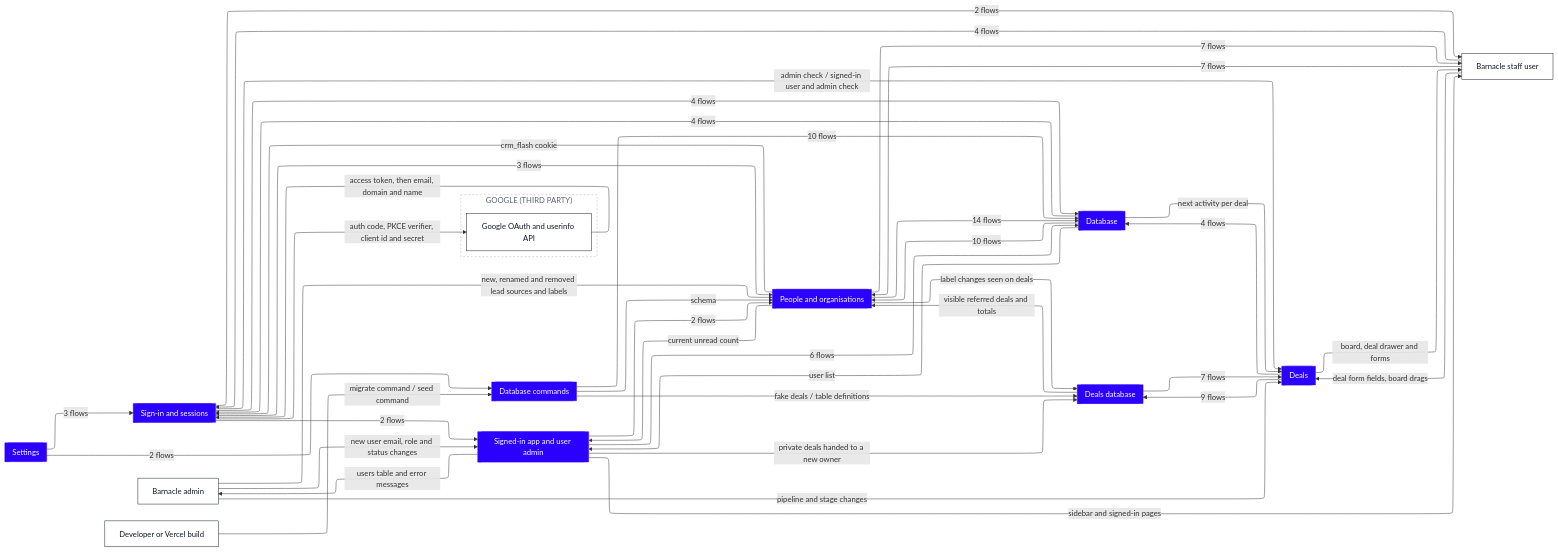
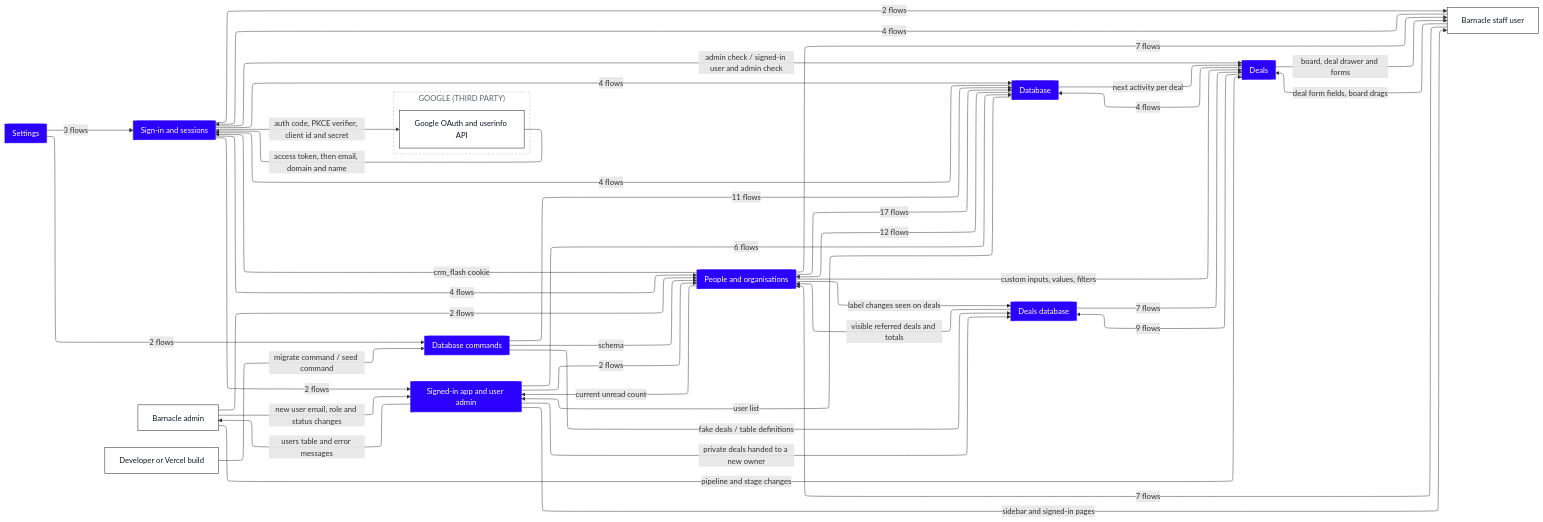
Before and after one commit to Romain-Perche/Barnacle-Pipe: the first of 10 diagrams in dataflow/DATAFLOW.md, drawn with Mermaid. The commit also changed other lines of this file and 12 other files, not shown here.

````diff
--- a/dataflow/DATAFLOW.md
+++ b/dataflow/DATAFLOW.md
@@ -11,68 +11,69 @@
 ```mermaid
 ---
 config:
   layout: elk
 ---
 flowchart LR
     n1[["Database"]]
     n2[["Database commands"]]
     n3[["Deals"]]
     n4[["Deals database"]]
     n5[["People and organisations"]]
     n6[["Settings"]]
     n7[["Sign-in and sessions"]]
     n8[["Signed-in app and user admin"]]
     n9["Barnacle admin"]
     n10["Developer or Vercel build"]
     n11["Barnacle staff user"]
     subgraph z1["GOOGLE (THIRD PARTY)"]
         n12["Google OAuth and userinfo API"]
     end
-    n5 -->|"14 flows"| n1
+    n5 -->|"17 flows"| n1
     n5 -->|"7 flows"| n11
-    n1 -->|"10 flows"| n5
+    n1 -->|"12 flows"| n5
     n1 -->|"next activity per deal"| n3
-    n9 -->|"new, renamed and removed lead sources and labels"| n5
+    n9 -->|"2 flows"| n5
     n9 -->|"pipeline and stage changes"| n3
     n9 -->|"new user email, role and status changes"| n8
     n8 -->|"2 flows"| n5
     n8 -->|"sidebar and signed-in pages"| n11
     n5 -->|"label changes seen on deals"| n4
     n7 -->|"4 flows"| n1
+    n5 -->|"custom inputs, values, filters"| n3
     n4 -->|"7 flows"| n3
     n3 -->|"9 flows"| n4
     n3 -->|"4 flows"| n1
     n3 -->|"board, deal drawer and forms"| n11
     n4 -->|"visible referred deals and totals"| n5
     n10 -->|"migrate command / seed command"| n2
     n6 -->|"3 flows"| n7
     n6 -->|"2 flows"| n2
     n7 -->|"auth code, PKCE verifier, client id and secret"| n12
     n7 -->|"2 flows"| n11
     n12 -->|"access token, then email, domain and name"| n7
-    n2 -->|"10 flows"| n1
+    n2 -->|"11 flows"| n1
     n2 -->|"fake deals / table definitions"| n4
     n2 -->|"schema"| n5
     n5 -->|"current unread count"| n8
     n5 -->|"crm_flash cookie"| n7
-    n7 -->|"3 flows"| n5
+    n7 -->|"4 flows"| n5
     n7 -->|"2 flows"| n8
     n7 -->|"admin check / signed-in user and admin check"| n3
     n1 -->|"4 flows"| n7
     n11 -->|"7 flows"| n5
     n11 -->|"deal form fields, board drags"| n3
     n11 -->|"4 flows"| n7
     n8 -->|"users table and error messages"| n9
     n8 -->|"private deals handed to a new owner"| n4
     n8 -->|"6 flows"| n1
     n1 -->|"user list"| n8
     classDef actor fill:#FFFFFF,stroke:#111827,stroke-width:1px,color:#111827
     classDef process fill:#EDEAFF,stroke:#2B00FF,stroke-width:1.5px,color:#111827
     classDef store fill:#FAF6F1,stroke:#111827,stroke-width:1.5px,color:#111827
     classDef zone fill:#1A1A1A,stroke:#1A1A1A,color:#FFFFFF
     classDef group fill:#2B00FF,stroke:#2B00FF,color:#FFFFFF
     classDef stub fill:#FFFFFF,stroke:#2B00FF,stroke-width:1.5px,stroke-dasharray:5 4,color:#2B00FF
     class n9,n10,n11,n12 actor
     class n1,n2,n3,n4,n5,n6,n7,n8 group
     style z1 fill:#FFFFFF,stroke:#B9B2A8,stroke-dasharray:4 4,color:#5D6270
 ```
````
